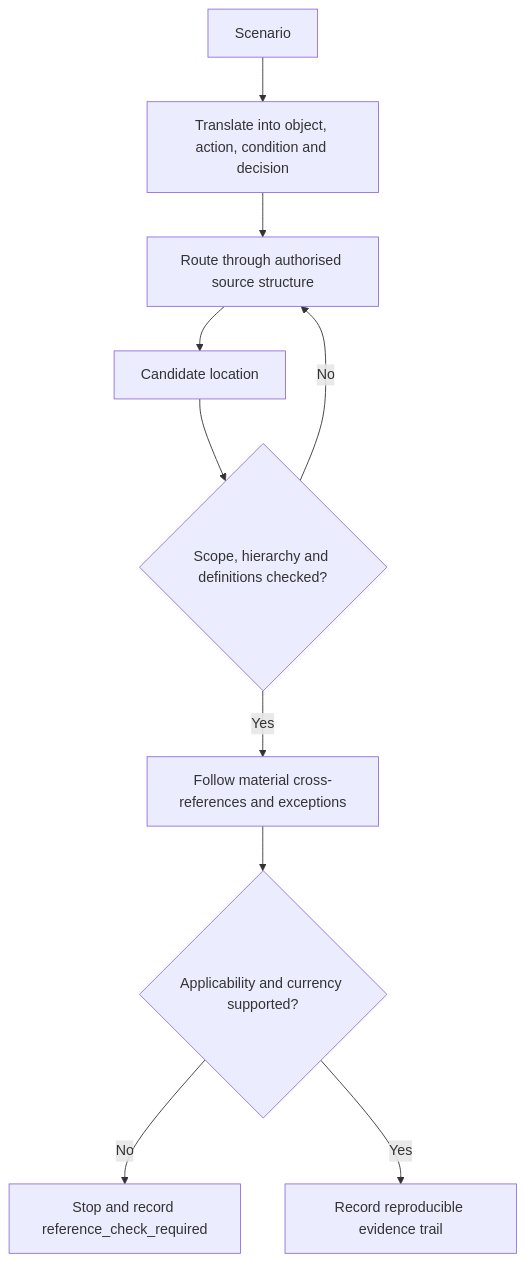
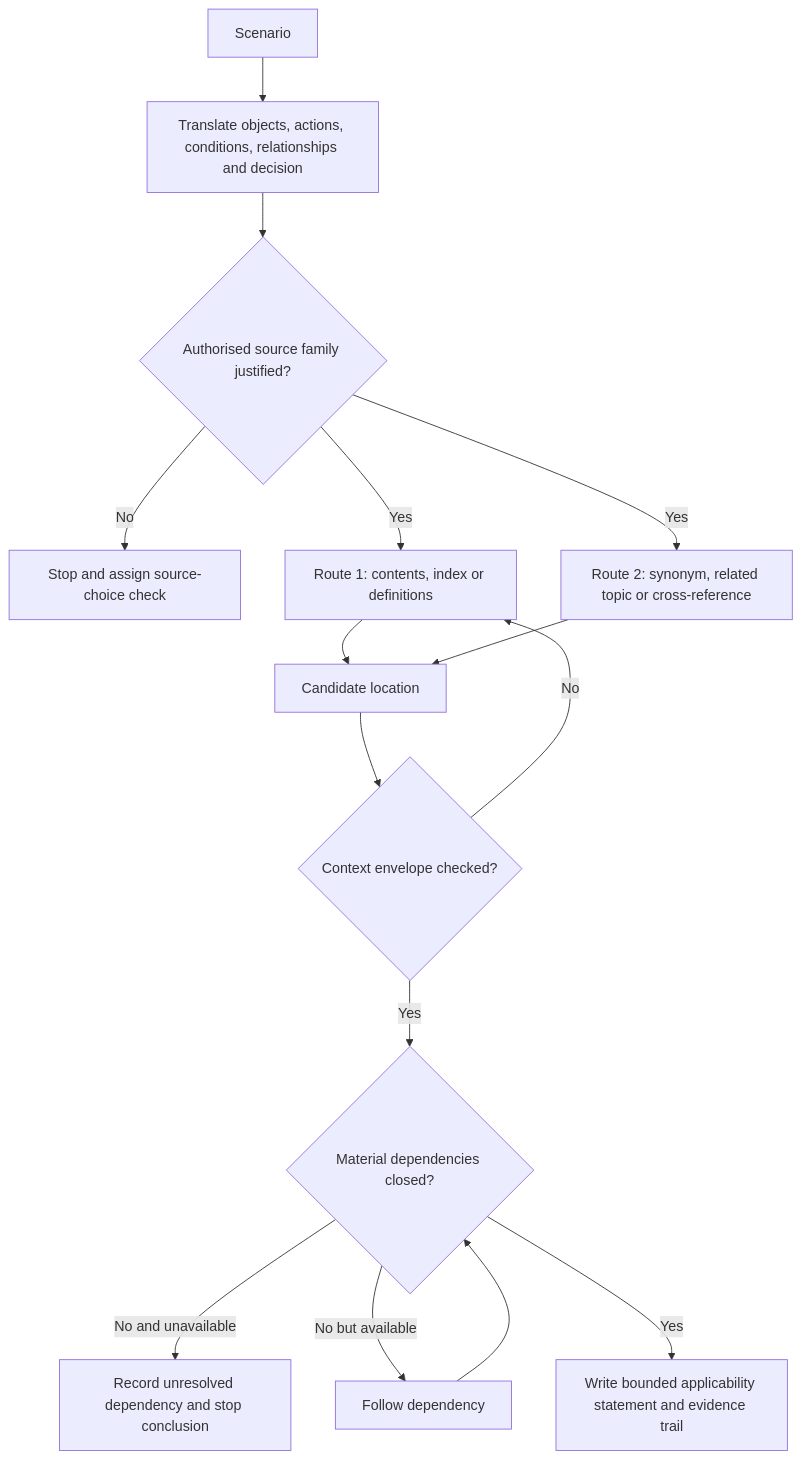
Before and after one commit to andrew3stedall/capstone: the first of 2 diagrams in docs/learning-plans/12-week/modules/day-04-wiring-rules-structure-and-efficient-topic-navigation.md, drawn with Mermaid. The commit also changed other lines of this file, not shown here.

````diff
--- a/docs/learning-plans/12-week/modules/day-04-wiring-rules-structure-and-efficient-topic-navigation.md
+++ b/docs/learning-plans/12-week/modules/day-04-wiring-rules-structure-and-efficient-topic-navigation.md
@@ -125,12 +131,17 @@
 ```mermaid
 flowchart TD
-    S["Scenario"] --> T["Translate into object, action, condition and decision"]
-    T --> R["Route through authorised source structure"]
-    R --> H["Candidate location"]
-    H --> A{"Scope, hierarchy and definitions checked?"}
-    A -->|"No"| R
-    A -->|"Yes"| C["Follow material cross-references and exceptions"]
-    C --> D{"Applicability and currency supported?"}
-    D -->|"No"| X["Stop and record reference_check_required"]
-    D -->|"Yes"| E["Record reproducible evidence trail"]
+    S["Scenario"] --> T["Translate objects, actions, conditions, relationships and decision"]
+    T --> G{"Authorised source family justified?"}
+    G -->|"No"| X["Stop and assign source-choice check"]
+    G -->|"Yes"| R1["Route 1: contents, index or definitions"]
+    G -->|"Yes"| R2["Route 2: synonym, related topic or cross-reference"]
+    R1 --> C["Candidate location"]
+    R2 --> C
+    C --> A{"Context envelope checked?"}
+    A -->|"No"| R1
+    A -->|"Yes"| D{"Material dependencies closed?"}
+    D -->|"No and unavailable"| U["Record unresolved dependency and stop conclusion"]
+    D -->|"No but available"| F["Follow dependency"]
+    F --> D
+    D -->|"Yes"| E["Write bounded applicability statement and evidence trail"]
 ```
````
